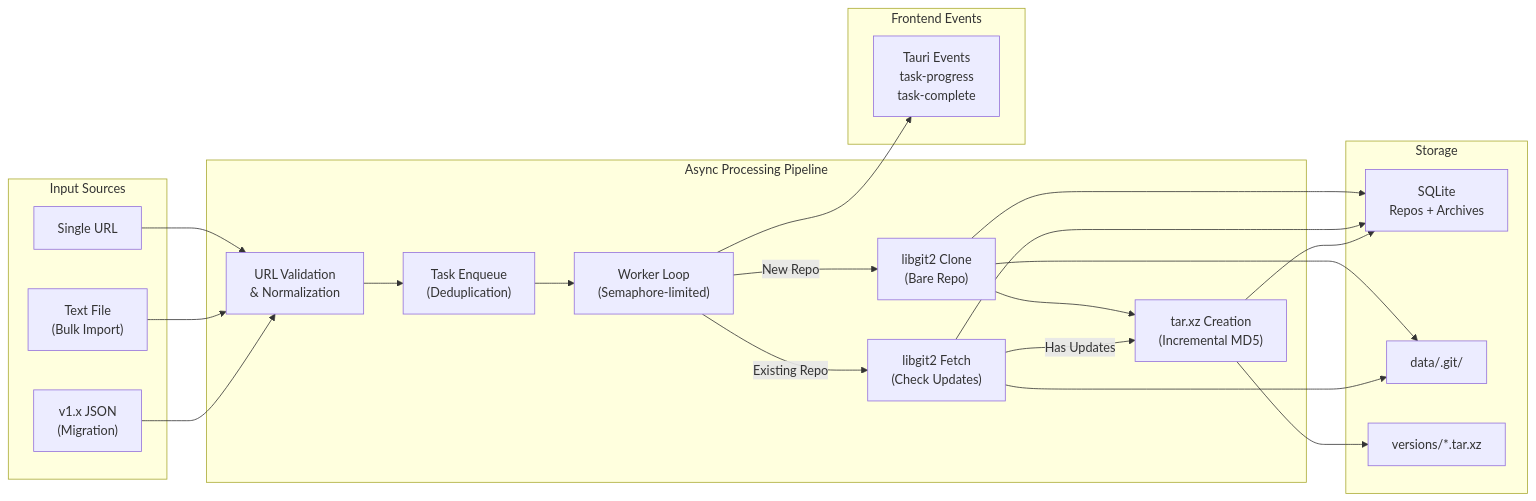
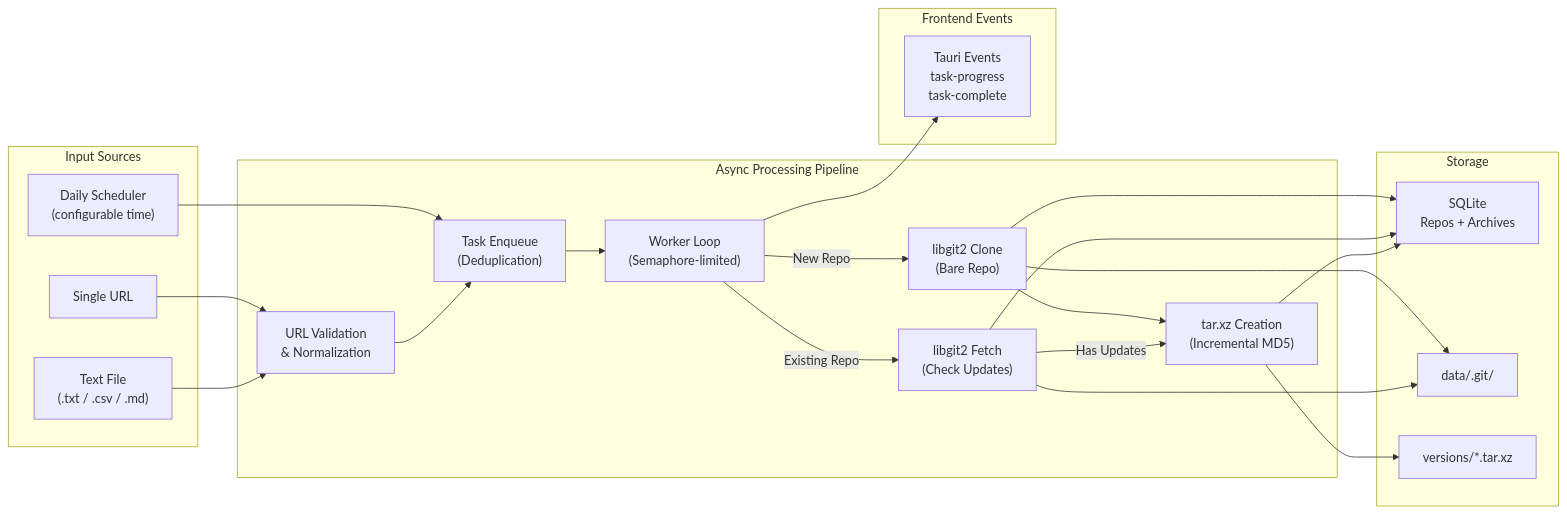
Before and after one commit to Technical-1/Git-Archiver: the second of 3 diagrams in .portfolio/architecture.md, drawn with Mermaid. The commit also changed other lines of this file and 3 other files, not shown here.

````diff
--- a/.portfolio/architecture.md
+++ b/.portfolio/architecture.md
@@ -63,46 +69,46 @@
 ```mermaid
 flowchart LR
     subgraph Input["Input Sources"]
         URL["Single URL"]
-        BulkFile["Text File<br/>(Bulk Import)"]
-        LegacyJSON["v1.x JSON<br/>(Migration)"]
+        BulkFile["Text File<br/>(.txt / .csv / .md)"]
+        Daily["Daily Scheduler<br/>(configurable time)"]
     end
 
     subgraph Processing["Async Processing Pipeline"]
         Validate["URL Validation<br/>& Normalization"]
         Enqueue["Task Enqueue<br/>(Deduplication)"]
         Worker["Worker Loop<br/>(Semaphore-limited)"]
         Clone["libgit2 Clone<br/>(Bare Repo)"]
         Fetch["libgit2 Fetch<br/>(Check Updates)"]
         Archive["tar.xz Creation<br/>(Incremental MD5)"]
     end
 
     subgraph Output["Storage"]
         SQLiteDB["SQLite<br/>Repos + Archives"]
         RepoDir["data/<repo>.git/"]
         ArchiveDir["versions/*.tar.xz"]
     end
 
     subgraph Events["Frontend Events"]
         Emit["Tauri Events<br/>task-progress<br/>task-complete"]
     end
 
     URL --> Validate
     BulkFile --> Validate
-    LegacyJSON --> Validate
+    Daily --> Enqueue
     Validate --> Enqueue
     Enqueue --> Worker
     Worker --> |"New Repo"| Clone
     Worker --> |"Existing Repo"| Fetch
     Clone --> Archive
     Fetch --> |"Has Updates"| Archive
 
     Clone --> SQLiteDB
     Fetch --> SQLiteDB
     Archive --> SQLiteDB
     Clone --> RepoDir
     Fetch --> RepoDir
     Archive --> ArchiveDir
 
     Worker --> Emit
 ```
````
